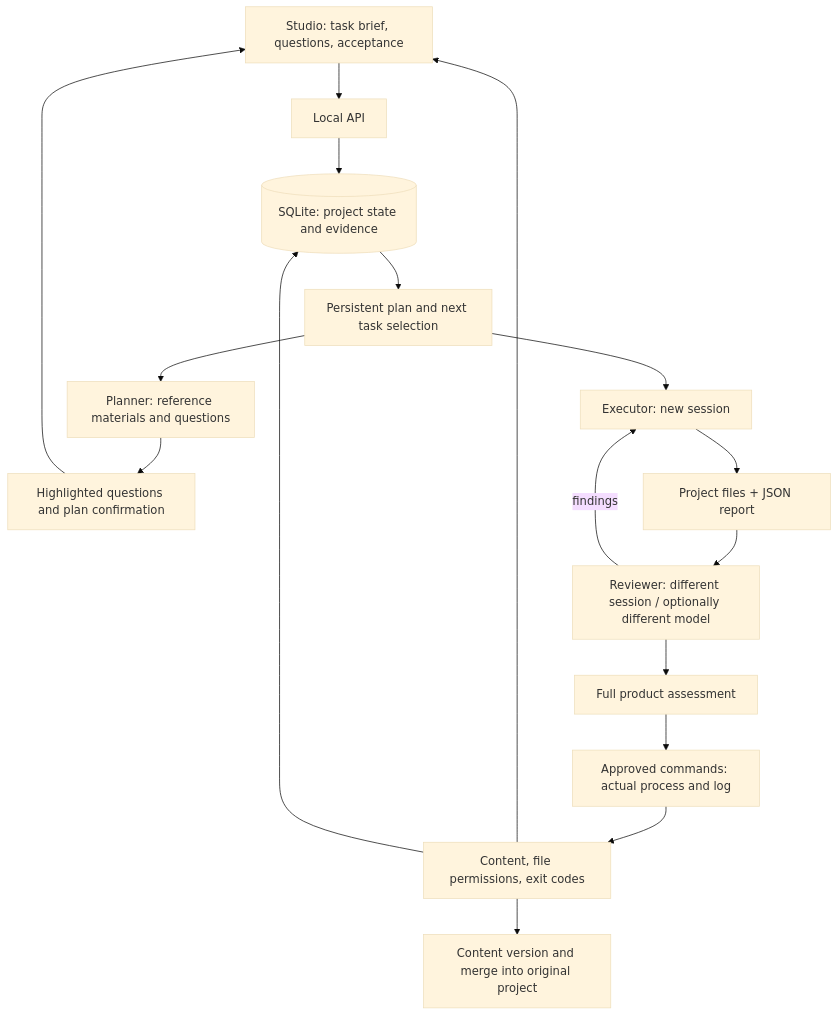
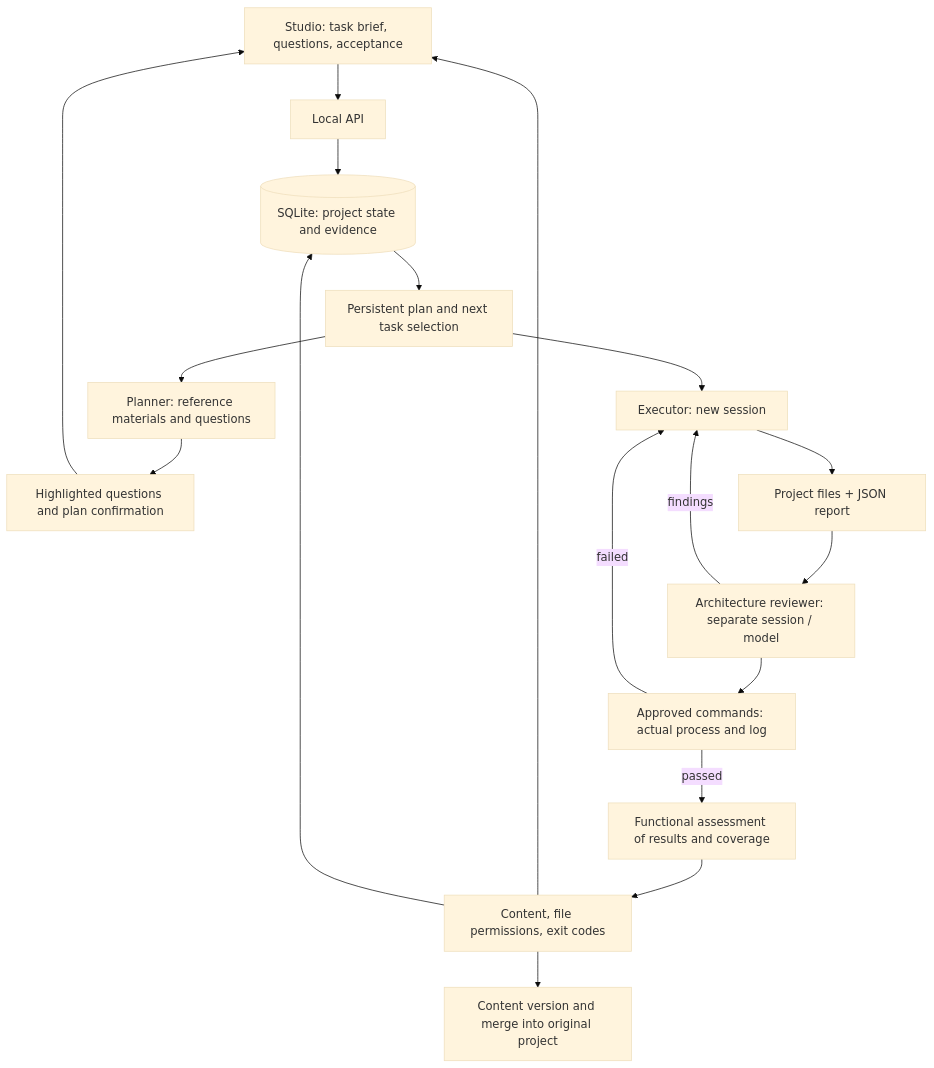
Before and after one commit to RulezZzOr/miner: the diagram in studio/docs/LONG_RUNNING_PROJECTS.md, drawn with Mermaid (base theme). The commit also changed 38 other files, not shown here.

````diff
--- a/studio/docs/LONG_RUNNING_PROJECTS.md
+++ b/studio/docs/LONG_RUNNING_PROJECTS.md
@@ -45,19 +45,20 @@
 ```mermaid
 flowchart TD
   GUI[Studio: task brief, questions, acceptance] --> API[Local API]
   API --> DB[(SQLite: project state and evidence)]
   DB --> Controller[Persistent plan and next task selection]
   Controller --> Planner[Planner: reference materials and questions]
   Planner --> Questions[Highlighted questions and plan confirmation]
   Questions --> GUI
   Controller --> Builder[Executor: new session]
   Builder --> Files[Project files + JSON report]
-  Files --> Reviewer[Reviewer: different session / optionally different model]
+  Files --> Reviewer[Architecture reviewer: separate session / model]
   Reviewer -->|findings| Builder
-  Reviewer --> Final[Full product assessment]
-  Final --> Checks[Approved commands: actual process and log]
-  Checks --> Gate[Content, file permissions, exit codes]
+  Reviewer --> Checks[Approved commands: actual process and log]
+  Checks -->|passed| Final[Functional assessment of results and coverage]
+  Checks -->|failed| Builder
+  Final --> Gate[Content, file permissions, exit codes]
   Gate --> Version[Content version and merge into original project]
   Gate --> GUI
   Gate --> DB
 ```
````
